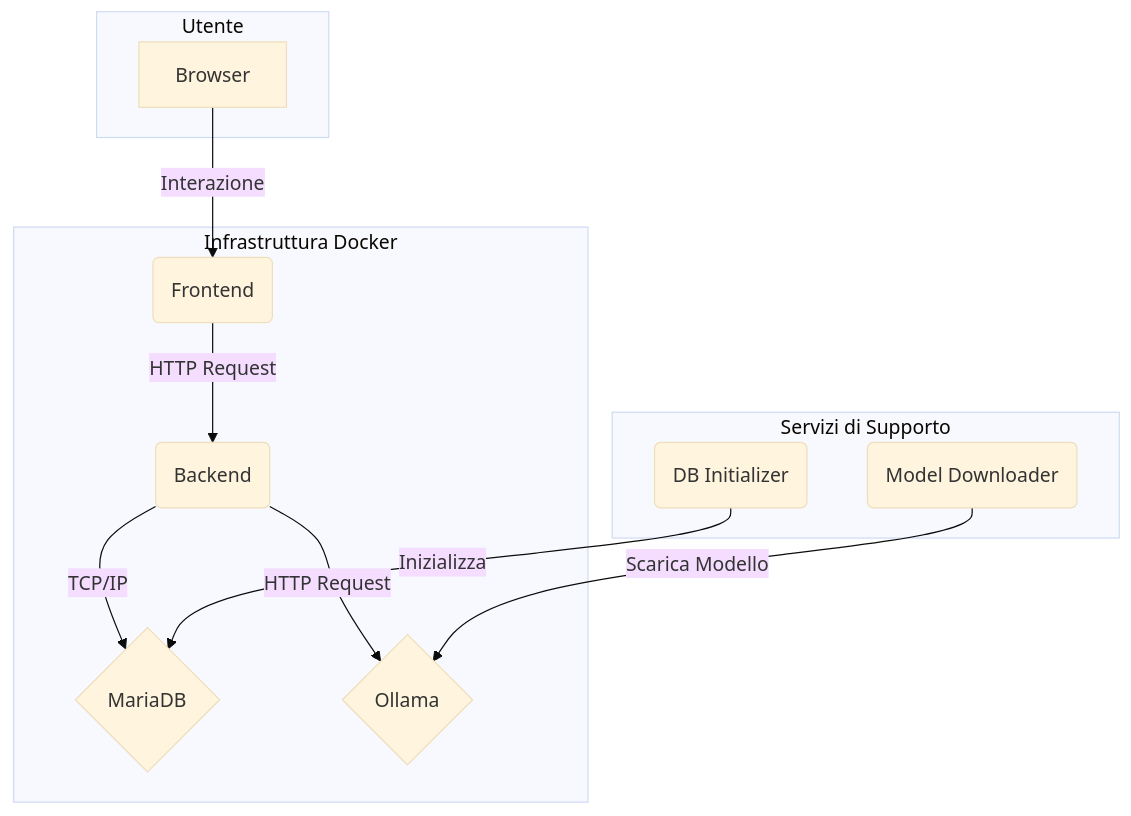
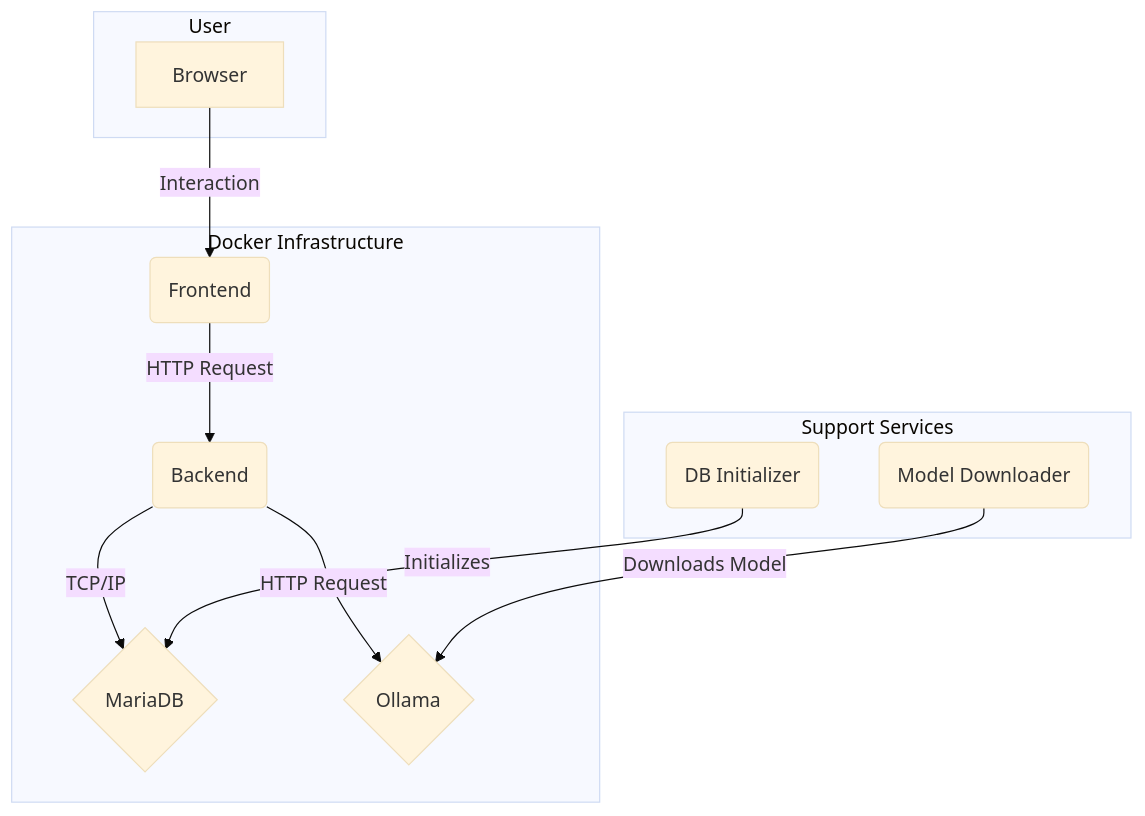
The diagram in README.md (dalonzoo/culturaLLM), drawn with Mermaid (base theme) before and after one commit. The commit also changed other lines of this file, not shown here.

````diff
--- a/README.md
+++ b/README.md
@@ -9,19 +9,19 @@
 ```mermaid
 graph TD
-    subgraph "Utente"
+    subgraph "User"
         A[Browser]
     end
 
-    subgraph "Infrastruttura Docker"
+    subgraph "Docker Infrastructure"
         B(Frontend) -- HTTP Request --> C(Backend)
         C -- TCP/IP --> D{MariaDB}
         C -- HTTP Request --> E{Ollama}
     end
 
-    A -- Interazione --> B
+    A -- Interaction --> B
 
-    subgraph "Servizi di Supporto"
-        F(DB Initializer) -- Inizializza --> D
-        G(Model Downloader) -- Scarica Modello --> E
+    subgraph "Support Services"
+        F(DB Initializer) -- Initializes --> D
+        G(Model Downloader) -- Downloads Model --> E
     end
 ```
````
